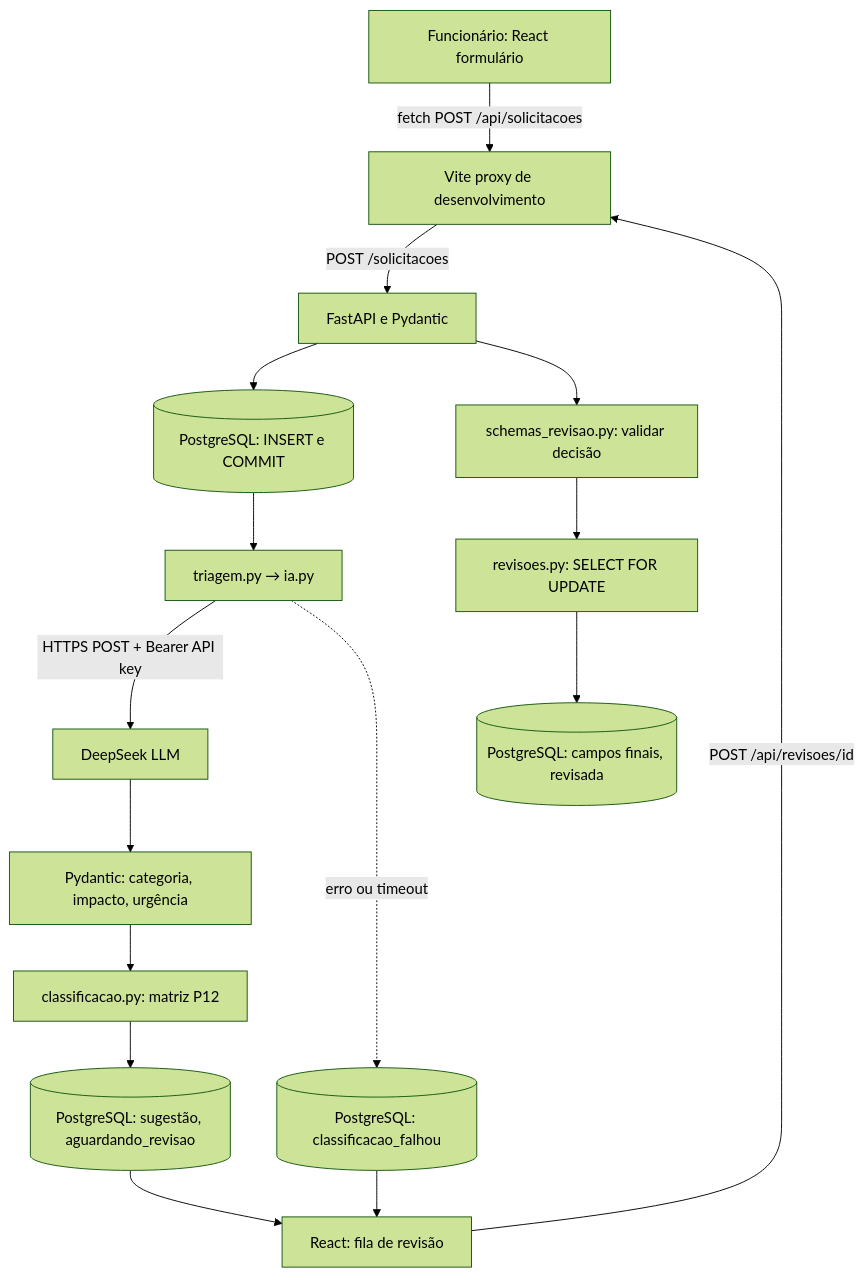
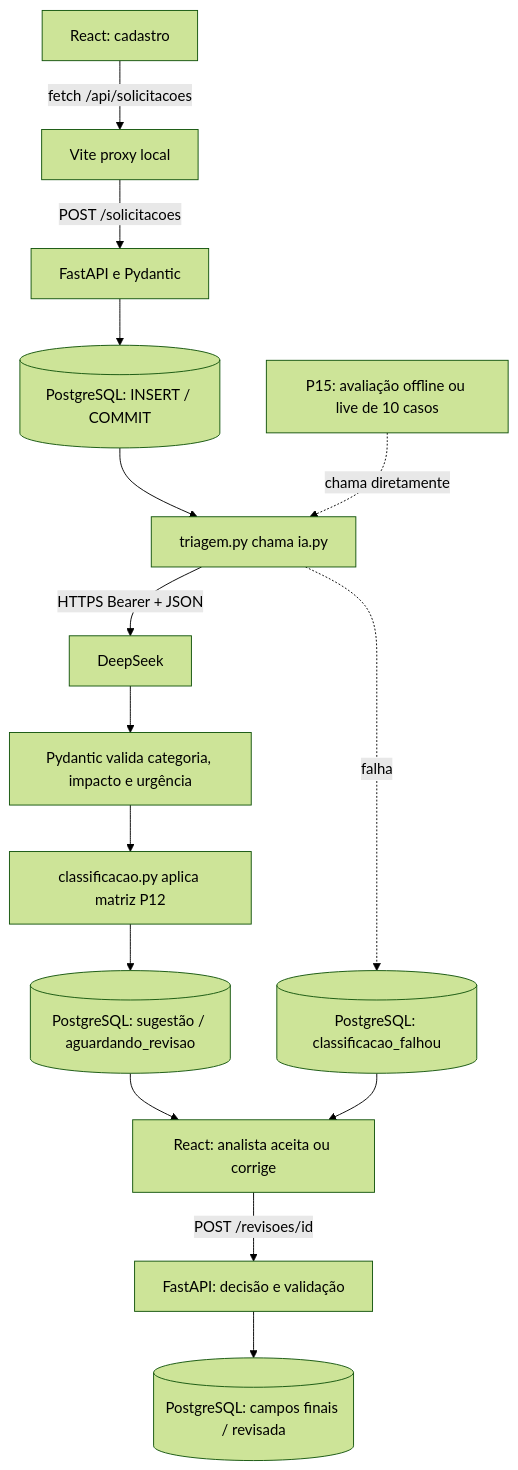
Before and after one commit to waldirevora/ai-request-classifier: the diagram in docs/ARQUITETURA.md, drawn with Mermaid (forest theme). The commit also changed other lines of this file and 9 other files, not shown here.

````diff
--- a/docs/ARQUITETURA.md
+++ b/docs/ARQUITETURA.md
@@ -11,18 +11,17 @@
 ```mermaid
 flowchart TD
-  A[Funcionário: React formulário] -->|fetch POST /api/solicitacoes| B[Vite proxy de desenvolvimento]
-  B -->|POST /solicitacoes| C[FastAPI e Pydantic]
-  C --> D[(PostgreSQL: INSERT e COMMIT)]
-  D --> E[triagem.py → ia.py]
-  E -->|HTTPS POST + Bearer API key| F[DeepSeek LLM]
-  F --> G[Pydantic: categoria, impacto, urgência]
-  G --> H[classificacao.py: matriz P12]
-  H --> I[(PostgreSQL: sugestão, aguardando_revisao)]
-  E -. erro ou timeout .-> J[(PostgreSQL: classificacao_falhou)]
-  I --> K[React: fila de revisão]
-  J --> K
-  K -->|POST /api/revisoes/id| B
-  C --> L[schemas_revisao.py: validar decisão]
-  L --> M[revisoes.py: SELECT FOR UPDATE]
-  M --> N[(PostgreSQL: campos finais, revisada)]
+ A[React: cadastro] -->|fetch /api/solicitacoes| B[Vite proxy local]
+ B -->|POST /solicitacoes| C[FastAPI e Pydantic]
+ C --> D[(PostgreSQL: INSERT / COMMIT)]
+ D --> E[triagem.py chama ia.py]
+ E -->|HTTPS Bearer + JSON| F[DeepSeek]
+ F --> G[Pydantic valida categoria, impacto e urgência]
+ G --> H[classificacao.py aplica matriz P12]
+ H --> I[(PostgreSQL: sugestão / aguardando_revisao)]
+ E -. falha .-> J[(PostgreSQL: classificacao_falhou)]
+ I --> K[React: analista aceita ou corrige]
+ J --> K
+ K -->|POST /revisoes/id| L[FastAPI: decisão e validação]
+ L --> M[(PostgreSQL: campos finais / revisada)]
+ N[P15: avaliação offline ou live de 10 casos] -. chama diretamente .-> E
 ```
````
